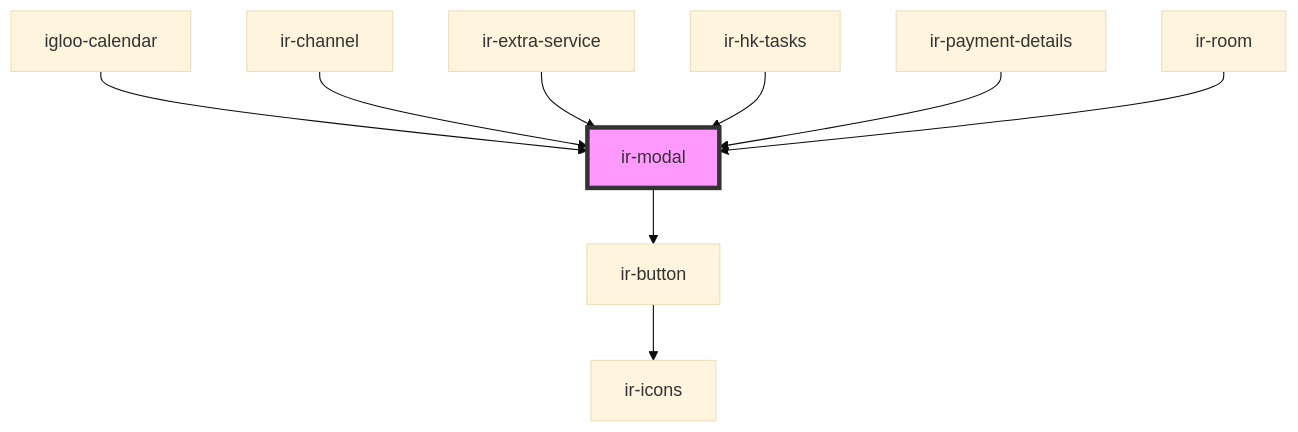
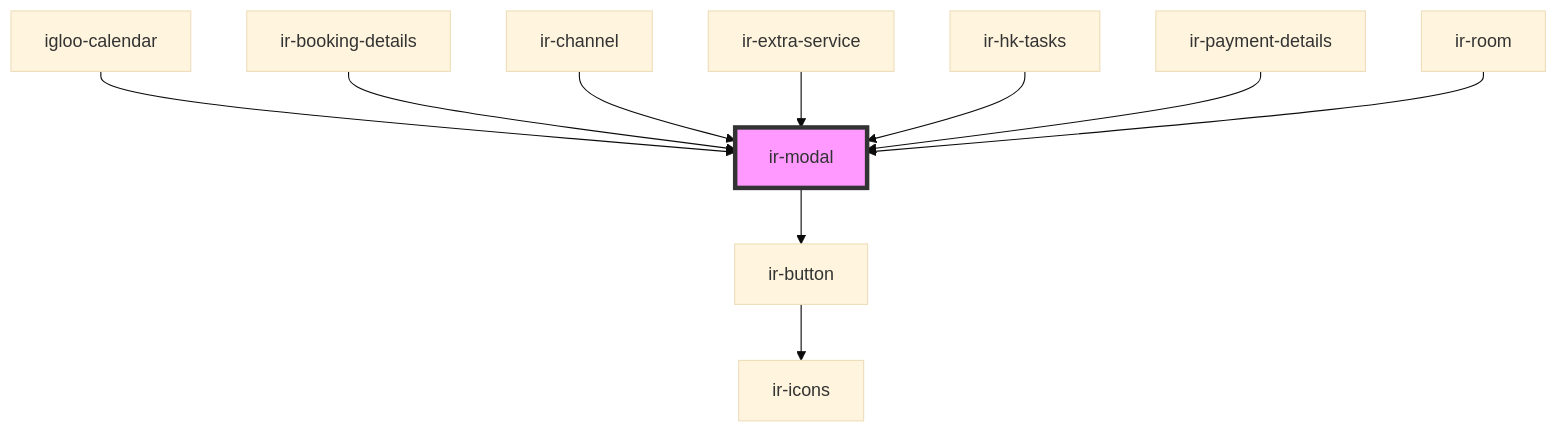
One commit to RonyRizk/ir-webcmp changed the diagram in src/components/ui/ir-modal/readme.md. Above: the diagram before and after it, drawn with Mermaid (base theme). The commit also changed other lines of this file and 19 other files, not shown here.

````diff
--- a/src/components/ui/ir-modal/readme.md
+++ b/src/components/ui/ir-modal/readme.md
@@ -75,12 +76,13 @@
 ```mermaid
 graph TD;
   ir-modal --> ir-button
   ir-button --> ir-icons
   igloo-calendar --> ir-modal
+  ir-booking-details --> ir-modal
   ir-channel --> ir-modal
   ir-extra-service --> ir-modal
   ir-hk-tasks --> ir-modal
   ir-payment-details --> ir-modal
   ir-room --> ir-modal
   style ir-modal fill:#f9f,stroke:#333,stroke-width:4px
 ```
````
